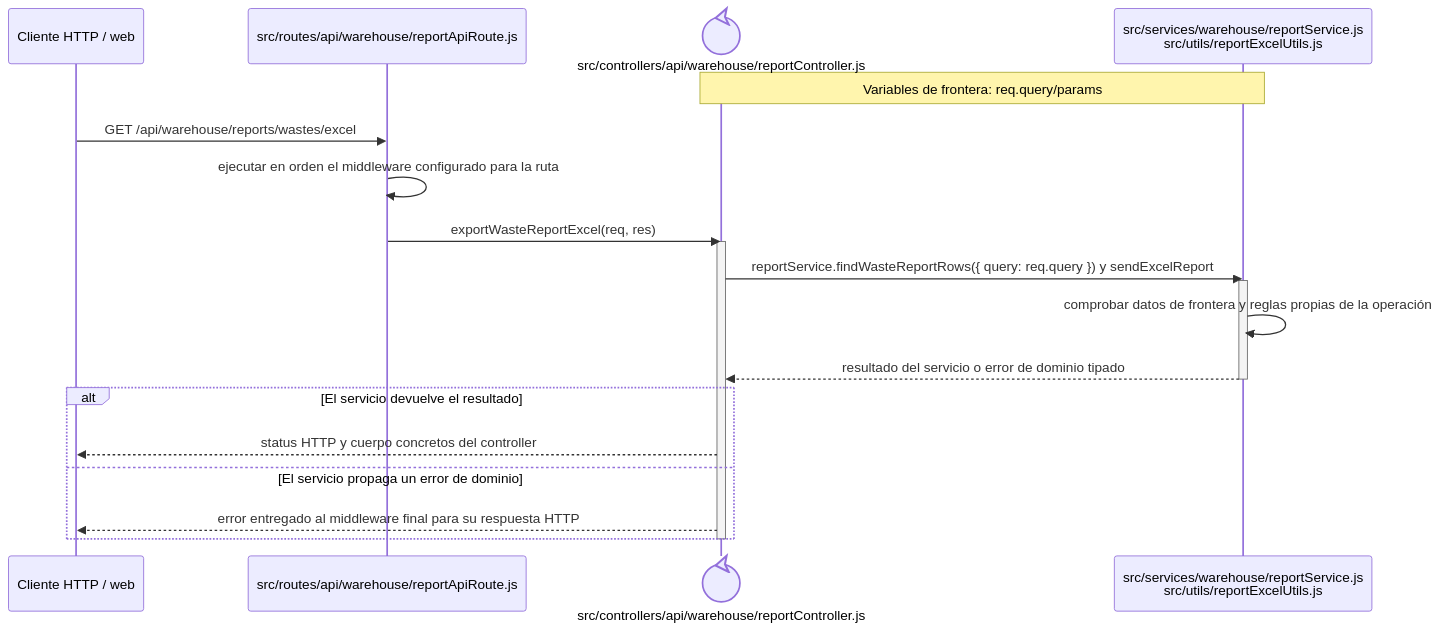
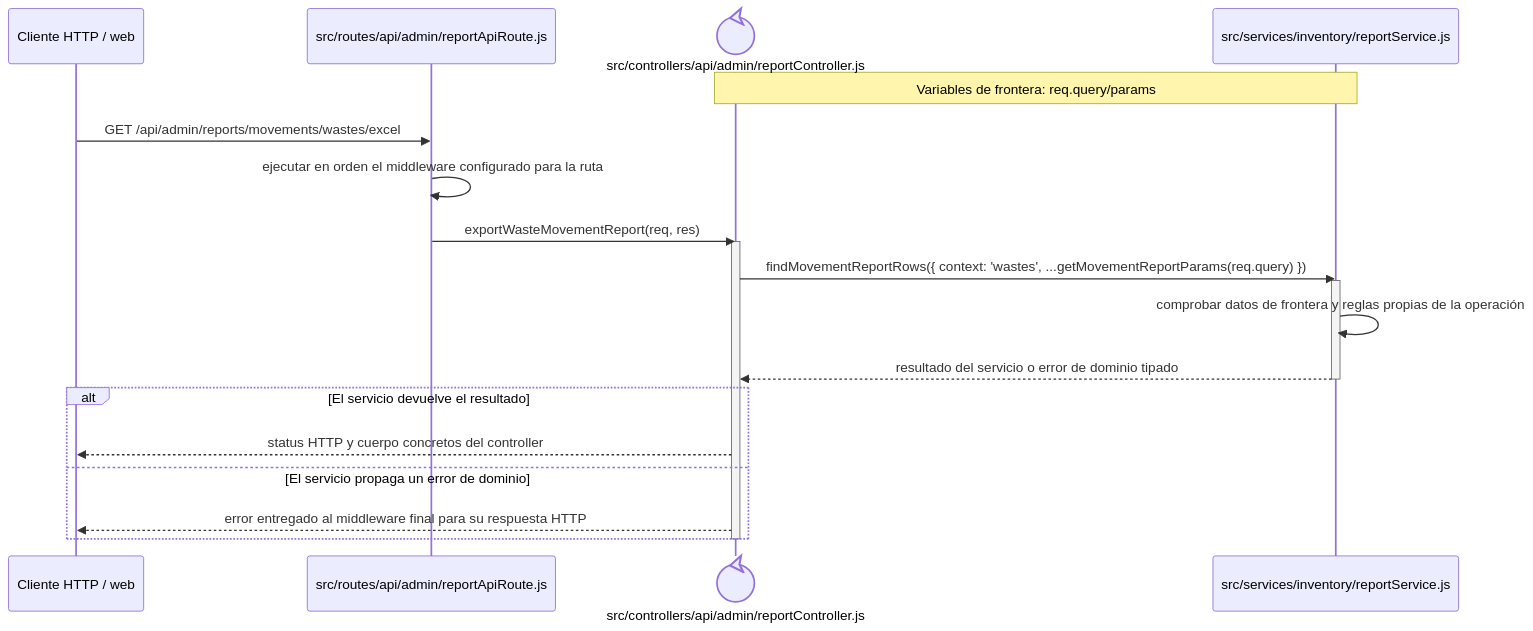
The diagram in docs/architecture/backend-code-sequences/catalogs/cu-cat-24.md (gpgsistemas01/nexus), drawn with Mermaid before and after one commit. The commit also changed other lines of this file and 207 other files, not shown here.

````diff
--- a/docs/architecture/backend-code-sequences/catalogs/cu-cat-24.md
+++ b/docs/architecture/backend-code-sequences/catalogs/cu-cat-24.md
@@ -6,24 +6,24 @@
 ```mermaid
 sequenceDiagram
     participant Client as Cliente HTTP / web
-    participant Route as src/routes/api/warehouse/reportApiRoute.js
-    participant Controller@{ "type": "control" } as src/controllers/api/warehouse/reportController.js
-    participant Domain as src/services/warehouse/reportService.js<br/>src/utils/reportExcelUtils.js
+    participant Route as src/routes/api/admin/reportApiRoute.js
+    participant Controller@{ "type": "control" } as src/controllers/api/admin/reportController.js
+    participant Domain as src/services/inventory/reportService.js
     Note over Controller,Domain: Variables de frontera: req.query/params
 
-    Client->>Route: GET /api/warehouse/reports/wastes/excel
+    Client->>Route: GET /api/admin/reports/movements/wastes/excel
     Route->>Route: ejecutar en orden el middleware configurado para la ruta
-    Route->>Controller: exportWasteReportExcel(req, res)
+    Route->>Controller: exportWasteMovementReport(req, res)
     activate Controller
-    Controller->>Domain: reportService.findWasteReportRows({ query: req.query }) y sendExcelReport
+    Controller->>Domain: findMovementReportRows({ context: 'wastes', ...getMovementReportParams(req.query) })
     activate Domain
     Domain->>Domain: comprobar datos de frontera y reglas propias de la operación
     Domain-->>Controller: resultado del servicio o error de dominio tipado
     deactivate Domain
     alt El servicio devuelve el resultado
         Controller-->>Client: status HTTP y cuerpo concretos del controller
     else El servicio propaga un error de dominio
         Controller-->>Client: error entregado al middleware final para su respuesta HTTP
     end
     deactivate Controller
 ```
````
